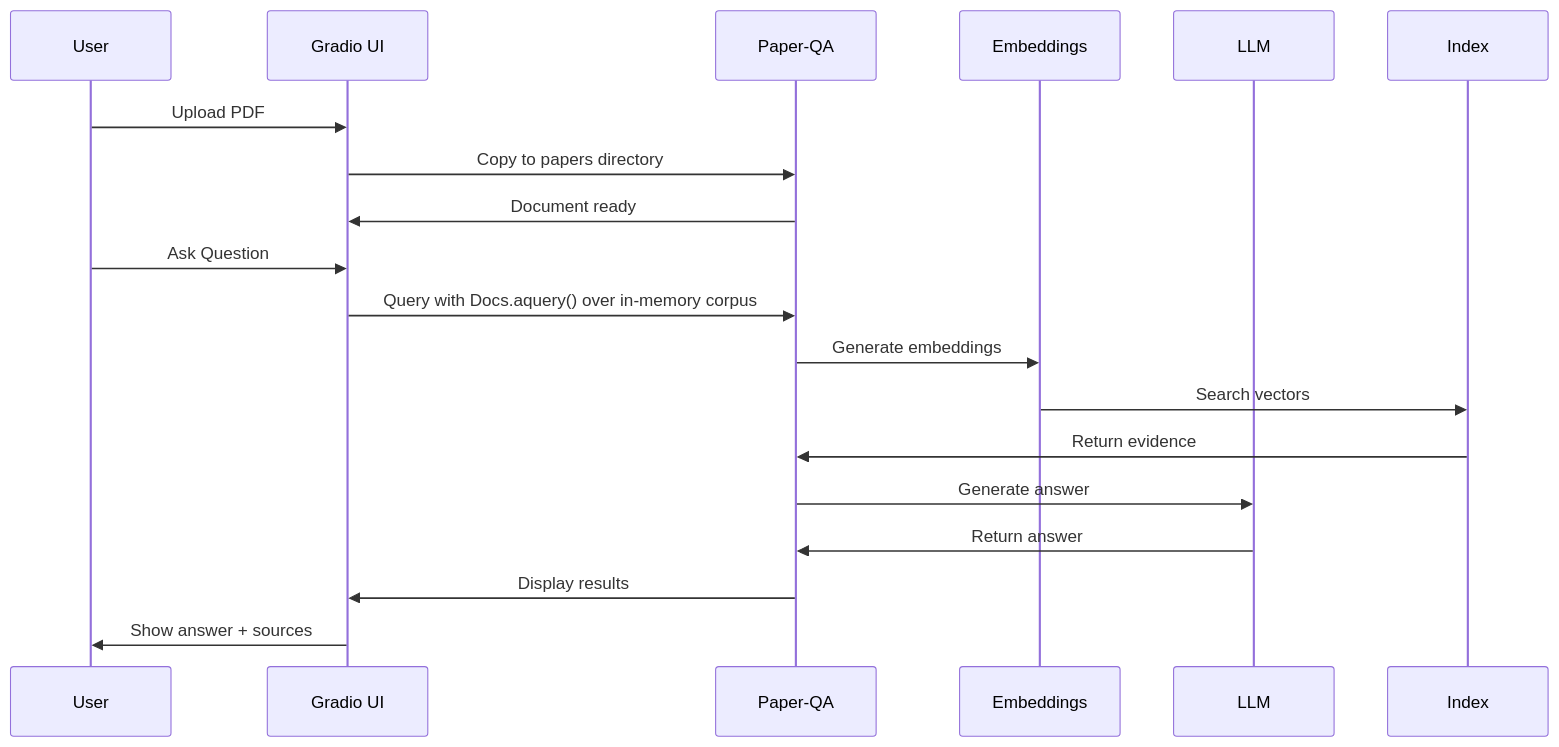
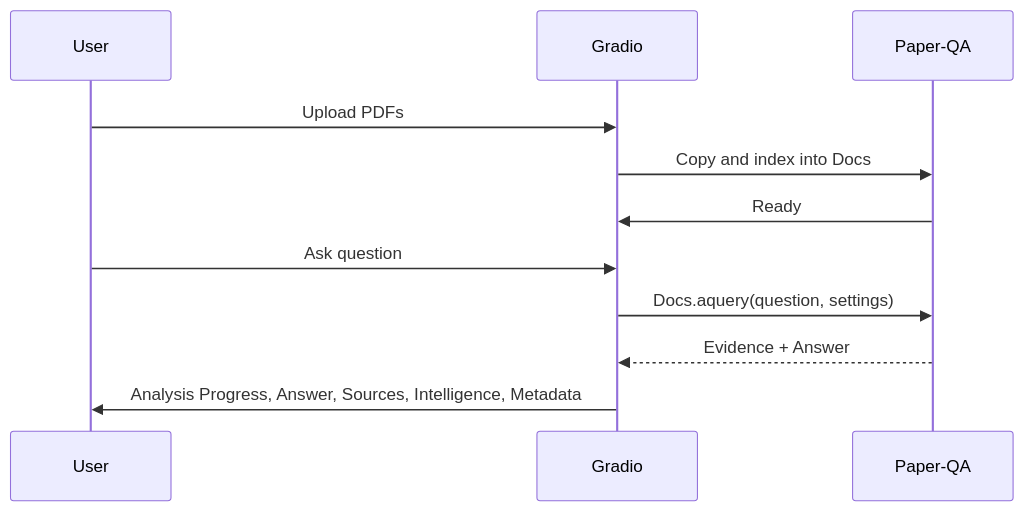
The second of 2 diagrams in DEVELOPER.md (usathyan/paper-qa-ui), drawn with Mermaid before and after one commit. The commit also changed other lines of this file and 3 other files, not shown here.

````diff
--- a/DEVELOPER.md
+++ b/DEVELOPER.md
@@ -36,23 +105,15 @@
 ```mermaid
 sequenceDiagram
-    participant U as User
-    participant G as Gradio UI
-    participant P as Paper-QA
-    participant E as Embeddings
-    participant L as LLM
-    participant I as Index
-    
-    U->>G: Upload PDF
-    G->>P: Copy to papers directory
-    P->>G: Document ready
-    
-    U->>G: Ask Question
-    G->>P: Query with Docs.aquery() over in-memory corpus
-    P->>E: Generate embeddings
-    E->>I: Search vectors
-    I->>P: Return evidence
-    P->>L: Generate answer
-    L->>P: Return answer
-    P->>G: Display results
-    G->>U: Show answer + sources
+  participant U as User
+  participant UI as Gradio
+  participant ENG as Paper-QA
+
+  U->>UI: Upload PDFs
+  UI->>ENG: Copy and index into Docs
+  ENG->>UI: Ready
+
+  U->>UI: Ask question
+  UI->>ENG: Docs.aquery(question, settings)
+  ENG-->>UI: Evidence + Answer
+  UI->>U: Analysis Progress, Answer, Sources, Intelligence, Metadata
 ```
````
